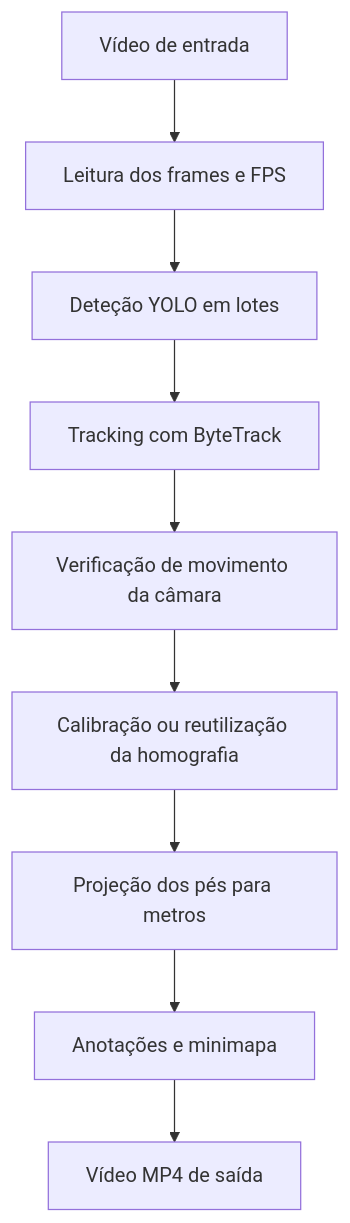
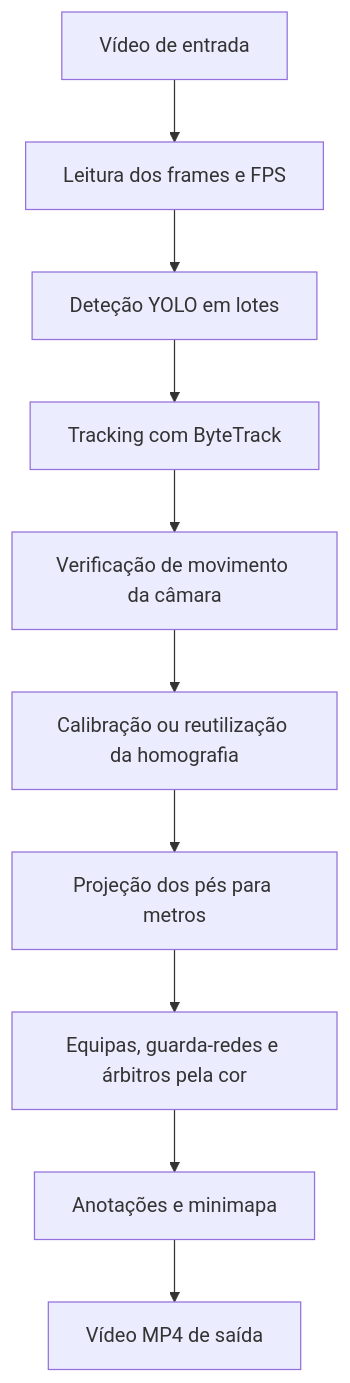
One commit to VascoCMH/Fut changed the diagram in README.md. Above: the diagram before and after it, drawn with Mermaid. The commit also changed other lines of this file and 6 other files, not shown here.

First line of the commit message:
Classificar equipas, guarda-redes e árbitros pela cor da camisola

````diff
--- a/README.md
+++ b/README.md
@@ -34,11 +35,12 @@
 ```mermaid
 flowchart TD
     A[Vídeo de entrada] --> B[Leitura dos frames e FPS]
     B --> C[Deteção YOLO em lotes]
     C --> D[Tracking com ByteTrack]
     D --> E[Verificação de movimento da câmara]
     E --> F[Calibração ou reutilização da homografia]
     F --> G[Projeção dos pés para metros]
-    G --> H[Anotações e minimapa]
+    G --> T[Equipas, guarda-redes e árbitros pela cor]
+    T --> H[Anotações e minimapa]
     H --> I[Vídeo MP4 de saída]
 ```
````
